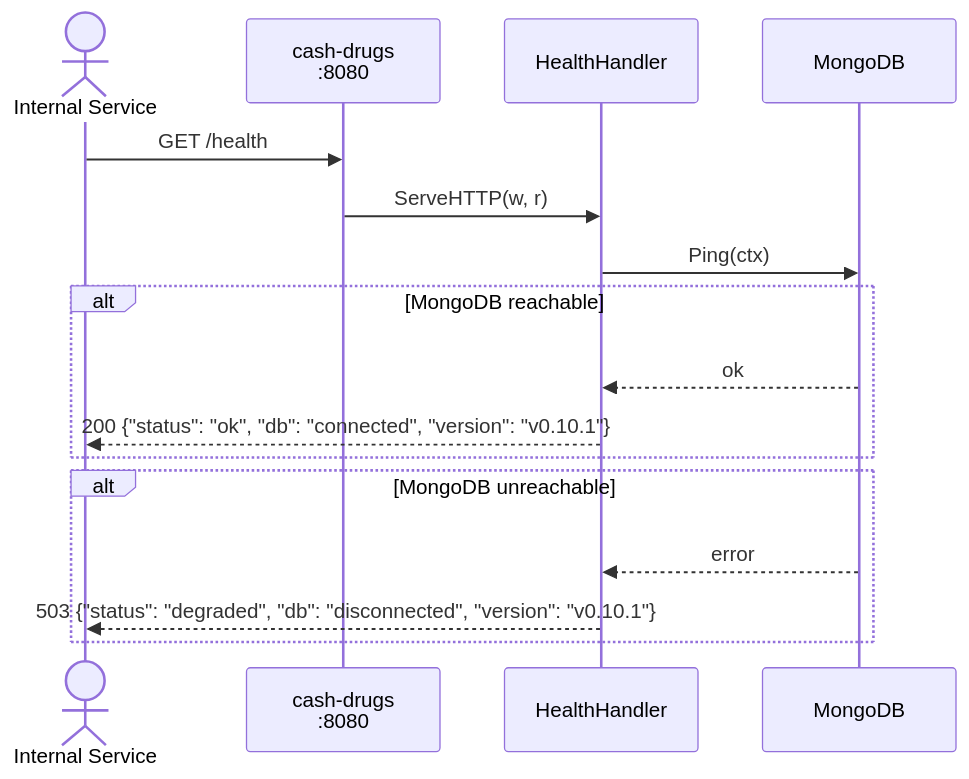
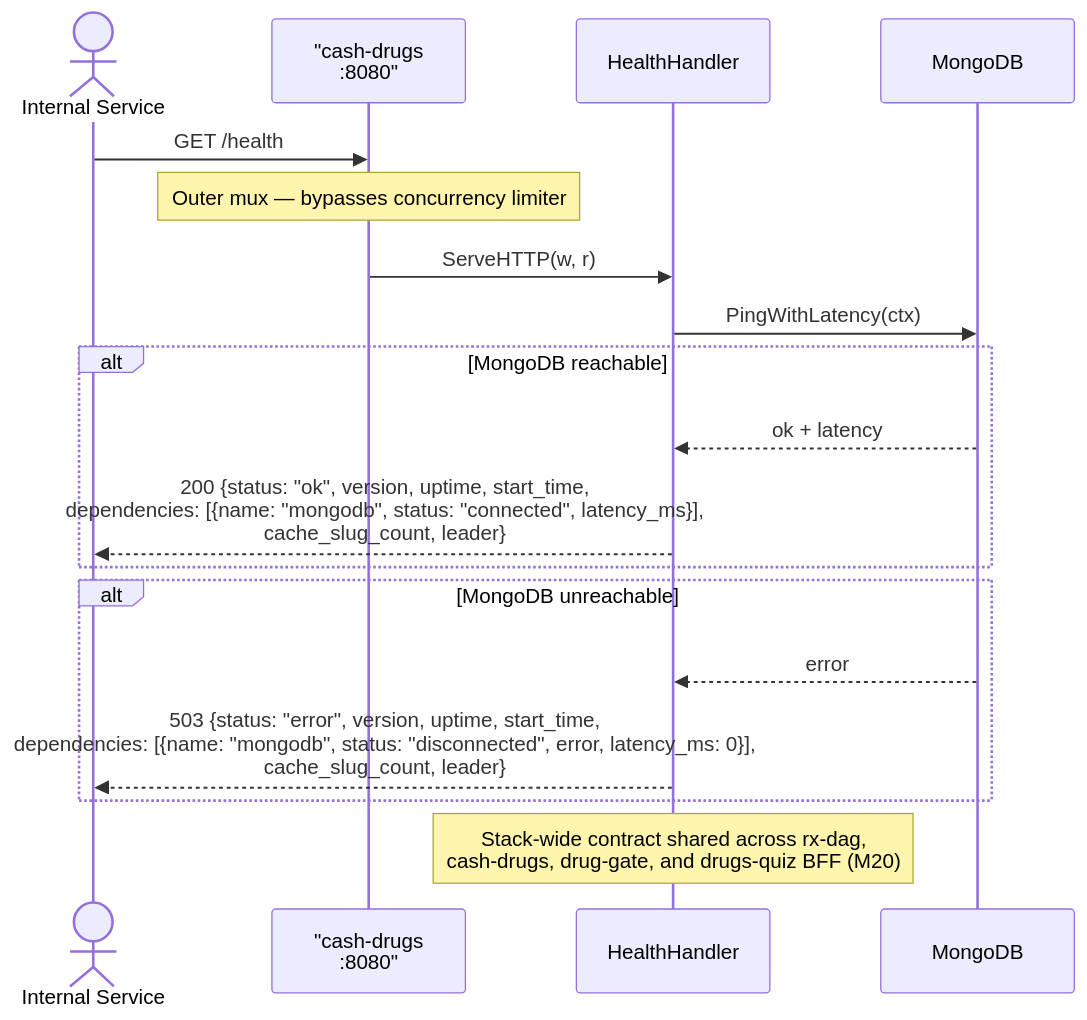
The tenth of 31 diagrams in docs/sequence-diagram.md (finish06/cash-drugs), drawn with Mermaid before and after one commit. The commit also changed other lines of this file and 8 other files, not shown here.

````diff
--- a/docs/sequence-diagram.md
+++ b/docs/sequence-diagram.md
@@ -427,21 +427,24 @@
 ```mermaid
 sequenceDiagram
     actor Client as Internal Service
-    participant GW as cash-drugs<br/>:8080
+    participant GW as "cash-drugs<br/>:8080"
     participant HC as HealthHandler
     participant DB as MongoDB
 
     Client->>GW: GET /health
+    Note over GW: Outer mux — bypasses concurrency limiter
     GW->>HC: ServeHTTP(w, r)
-    HC->>DB: Ping(ctx)
+    HC->>DB: PingWithLatency(ctx)
 
     alt MongoDB reachable
-        DB-->>HC: ok
-        HC-->>Client: 200 {"status": "ok", "db": "connected", "version": "v0.10.1"}
+        DB-->>HC: ok + latency
+        HC-->>Client: 200 {status: "ok", version, uptime, start_time,<br/>dependencies: [{name: "mongodb", status: "connected", latency_ms}],<br/>cache_slug_count, leader}
     end
 
     alt MongoDB unreachable
         DB-->>HC: error
-        HC-->>Client: 503 {"status": "degraded", "db": "disconnected", "version": "v0.10.1"}
+        HC-->>Client: 503 {status: "error", version, uptime, start_time,<br/>dependencies: [{name: "mongodb", status: "disconnected", error, latency_ms: 0}],<br/>cache_slug_count, leader}
     end
+
+    Note over HC: Stack-wide contract shared across rx-dag,<br/>cash-drugs, drug-gate, and drugs-quiz BFF (M20)
 ```
````
